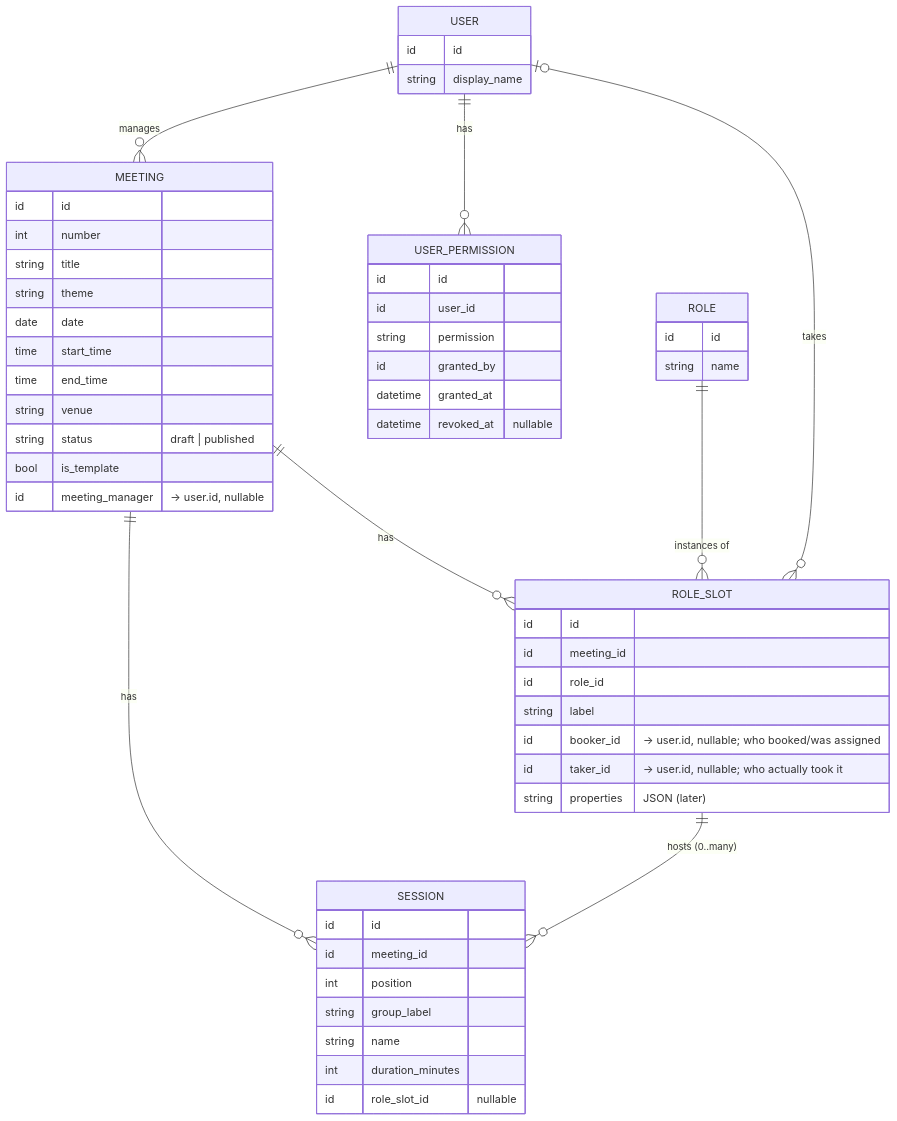
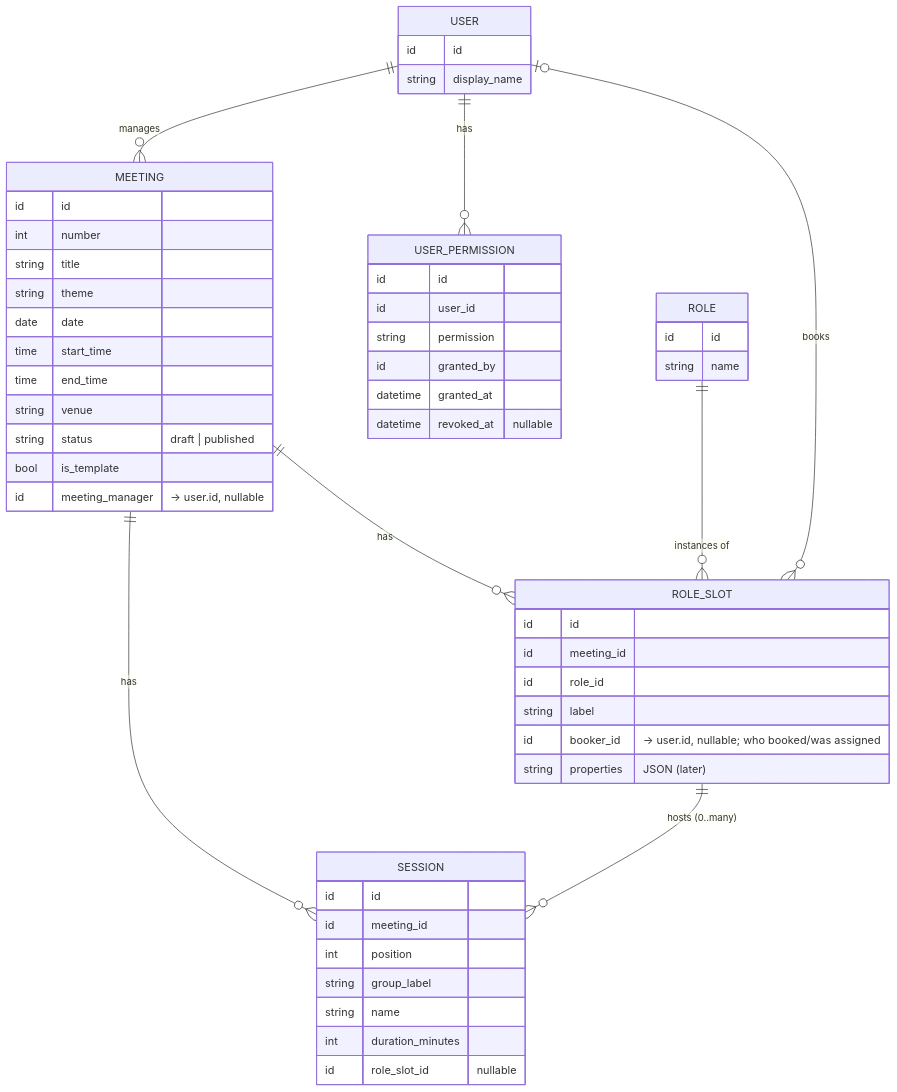
One commit to misu-tmc/misu changed the diagram in design/storage/schema.md. Above: the diagram before and after it, drawn with Mermaid. The commit also changed other lines of this file and 4 other files, not shown here.

````diff
--- a/design/storage/schema.md
+++ b/design/storage/schema.md
@@ -14,58 +14,57 @@
 ```mermaid
 erDiagram
     USER      ||--o{ MEETING   : manages
     USER      ||--o{ USER_PERMISSION : has
     MEETING   ||--o{ SESSION   : has
     MEETING   ||--o{ ROLE_SLOT : has
     ROLE      ||--o{ ROLE_SLOT : "instances of"
     ROLE_SLOT ||--o{ SESSION   : "hosts (0..many)"
-    USER      |o--o{ ROLE_SLOT : "takes"
+    USER      |o--o{ ROLE_SLOT : "books"
 
     USER {
         id     id
         string display_name
     }
     USER_PERMISSION {
         id       id
         id       user_id
         string   permission
         id       granted_by
         datetime granted_at
         datetime revoked_at "nullable"
     }
     MEETING {
         id     id
         int    number
         string title
         string theme
         date   date
         time   start_time
         time   end_time
         string venue
         string status "draft | published"
         bool   is_template
         id     meeting_manager "-> user.id, nullable"
     }
     SESSION {
         id     id
         id     meeting_id
         int    position
         string group_label
         string name
         int    duration_minutes
         id     role_slot_id "nullable"
     }
     ROLE {
         id     id
         string name
     }
     ROLE_SLOT {
         id     id
         id     meeting_id
         id     role_id
         string label
         id     booker_id "-> user.id, nullable; who booked/was assigned"
-        id     taker_id "-> user.id, nullable; who actually took it"
         string properties "JSON (later)"
     }
 ```
````
